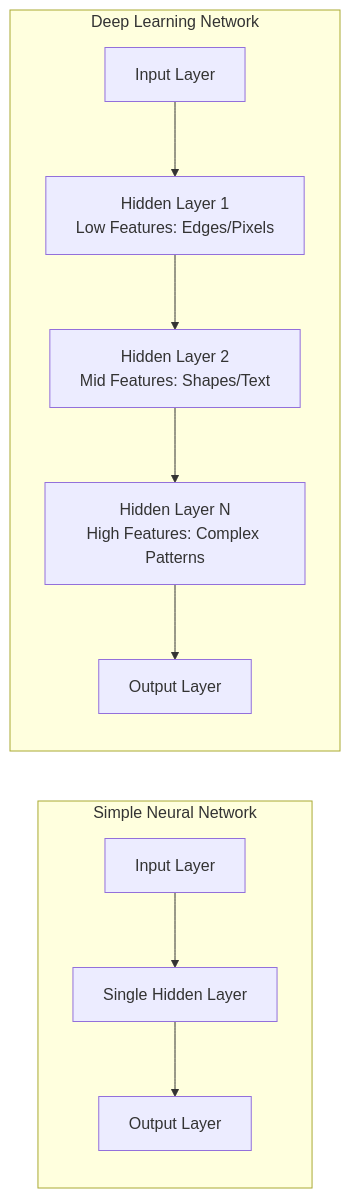
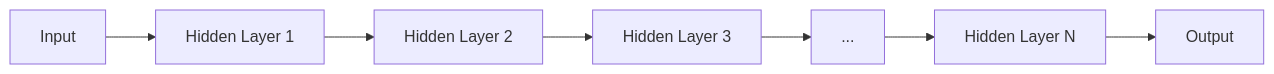
Before and after one commit to rohanhrk/data-engineering-notes-2026: diagram 13 of 31 in Module_07-AI Fundamentals For DE/Class 1 - AI Fundamentals/AI_Fundamentals_For_Data_Engineering.md, drawn with Mermaid. The commit also changed other lines of this file and 3 other files, not shown here.

````diff
--- a/Module_07-AI Fundamentals For DE/Class 1 - AI Fundamentals/AI_Fundamentals_For_Data_Engineering.md
+++ b/Module_07-AI Fundamentals For DE/Class 1 - AI Fundamentals/AI_Fundamentals_For_Data_Engineering.md
@@ -277,14 +525,9 @@
-```mermaid
+``` mermaid
 flowchart LR
-    subgraph Simple Neural Network
-        A1[Input Layer] --> B1[Single Hidden Layer]
-        B1 --> C1[Output Layer]
-    end
-
-    subgraph Deep Learning Network
-        A2[Input Layer] --> B2[Hidden Layer 1<br/>Low Features: Edges/Pixels]
-        B2 --> C2[Hidden Layer 2<br/>Mid Features: Shapes/Text]
-        C2 --> D2[Hidden Layer N<br/>High Features: Complex Patterns]
-        D2 --> E2[Output Layer]
-    end
+    A[Input] --> B[Hidden Layer 1]
+    B --> C[Hidden Layer 2]
+    C --> D[Hidden Layer 3]
+    D --> E[...]
+    E --> F[Hidden Layer N]
+    F --> G[Output]
 ```
````
